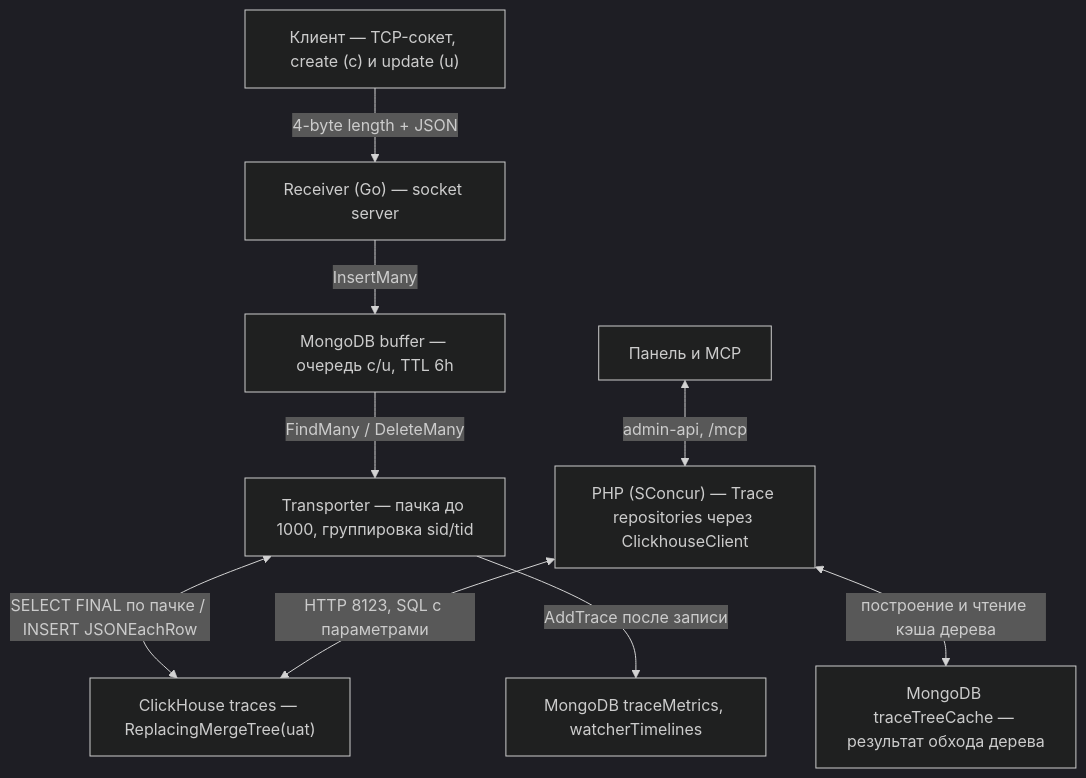
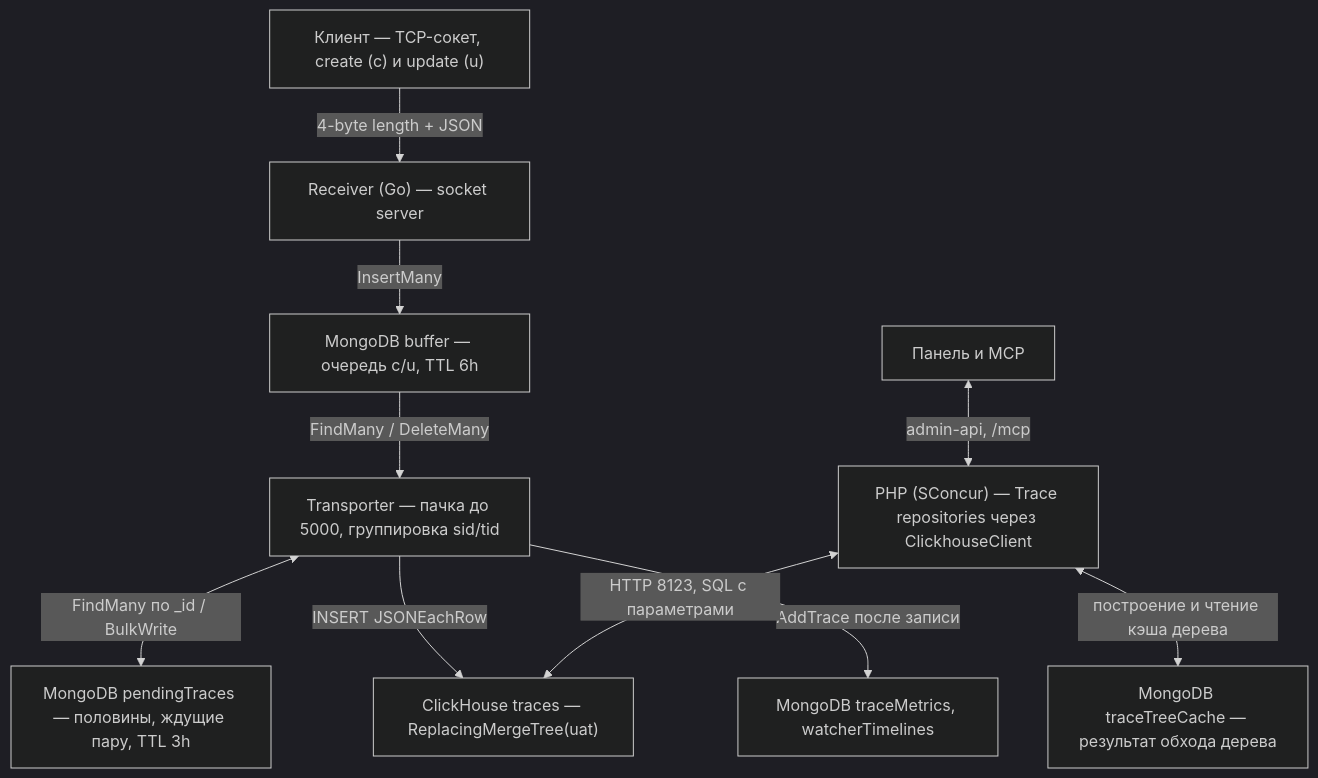
The first of 3 diagrams in openspec/changes/traces-clickhouse-storage/design.md (sprust/slogger), drawn with Mermaid (dark theme) before and after one commit. The commit also changed other lines of this file and 3 other files, not shown here.

````diff
--- a/openspec/changes/traces-clickhouse-storage/design.md
+++ b/openspec/changes/traces-clickhouse-storage/design.md
@@ -36,20 +36,22 @@
 ```mermaid
 flowchart TB
     client["Клиент — TCP-сокет, create (c) и update (u)"]
     receiver["Receiver (Go) — socket server"]
     buffer["MongoDB buffer — очередь c/u, TTL 6h"]
-    transporter["Transporter — пачка до 1000, группировка sid/tid"]
+    transporter["Transporter — пачка до 5000, группировка sid/tid"]
+    pending["MongoDB pendingTraces — половины, ждущие пару, TTL 3h"]
     ch["ClickHouse traces — ReplacingMergeTree(uat)"]
     side["MongoDB traceMetrics, watcherTimelines"]
     php["PHP (SConcur) — Trace repositories через ClickhouseClient"]
     cache["MongoDB traceTreeCache — результат обхода дерева"]
     ui["Панель и MCP"]
     client -->|"4-byte length + JSON"| receiver
     receiver -->|"InsertMany"| buffer
     buffer -->|"FindMany / DeleteMany"| transporter
-    transporter <-->|"SELECT FINAL по пачке / INSERT JSONEachRow"| ch
+    transporter <-->|"FindMany по _id / BulkWrite"| pending
+    transporter -->|"INSERT JSONEachRow"| ch
     transporter -->|"AddTrace после записи"| side
     ui <-->|"admin-api, /mcp"| php
     php <-->|"HTTP 8123, SQL с параметрами"| ch
     php <-->|"построение и чтение кэша дерева"| cache
 ```
````
